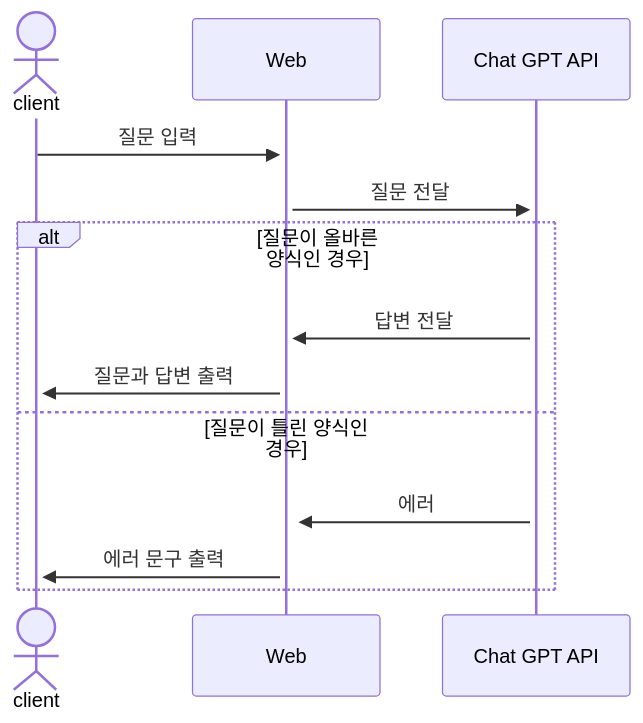
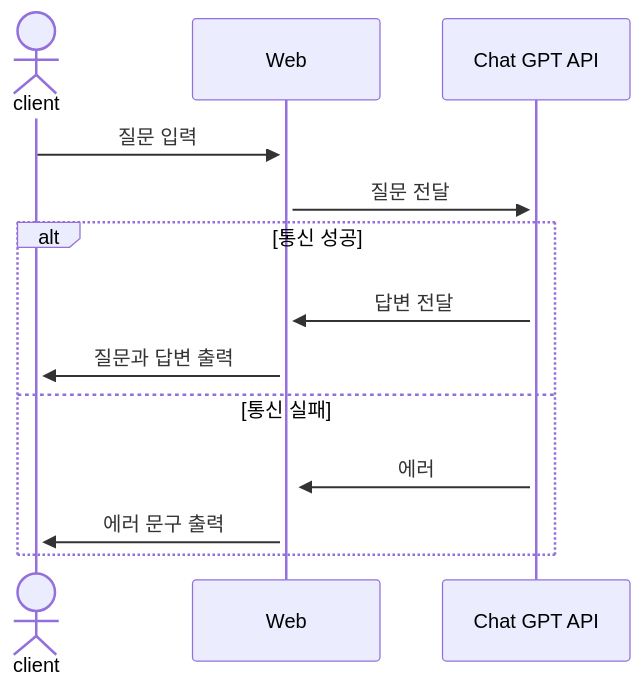
Before and after one commit to TheRealParkJoohyung/product-pricing: the first of 2 diagrams in README.md, drawn with Mermaid.

````diff
--- a/README.md
+++ b/README.md
@@ -35,15 +35,15 @@
 ```mermaid
     sequenceDiagram
     actor A as client
     participant B as Web
     participant C as Chat GPT API
     A->>+B: 질문 입력
     B->>+C: 질문 전달
-    alt 질문이 올바른 양식인 경우 
+    alt 통신 성공
     C->>+B: 답변 전달
     B->>+A: 질문과 답변 출력
-    else 질문이 틀린 양식인 경우
+    else 통신 실패 
     C->>+B: 에러
     B->>+A: 에러 문구 출력
     end
 ```
````
